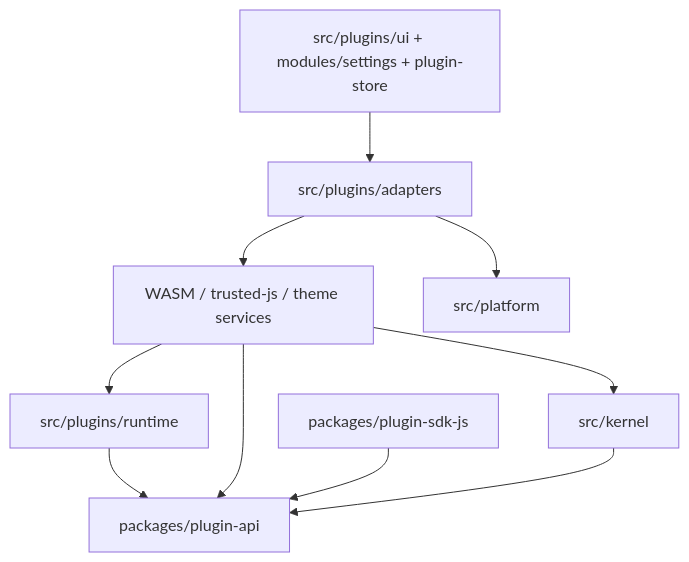
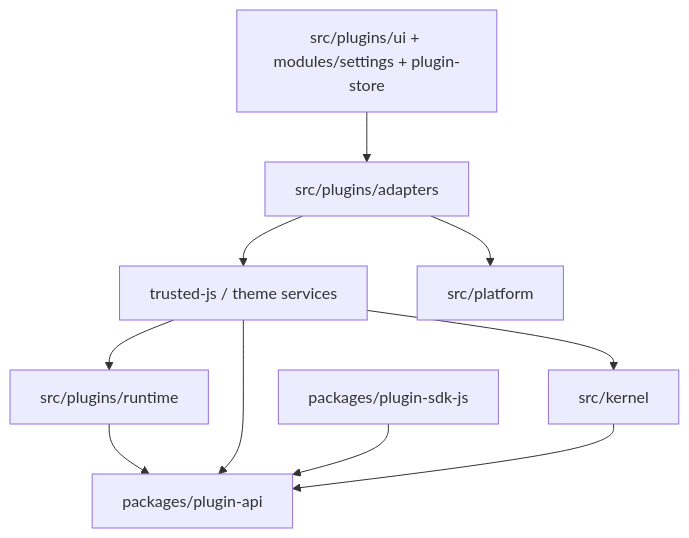
One commit to Xionghaizi001/amll-ttml-tool changed the second of 4 diagrams in PLUGIN.md. Above: the diagram before and after it, drawn with Mermaid. The commit also changed other lines of this file and 115 other files, not shown here.

````diff
--- a/PLUGIN.md
+++ b/PLUGIN.md
@@ -108,21 +105,21 @@
 ```mermaid
 flowchart TB
     UI[src/plugins/ui + modules/settings + plugin-store]
     ADAPTER[src/plugins/adapters]
-    SERVICE[WASM / trusted-js / theme services]
+    SERVICE[trusted-js / theme services]
     RUNTIME[src/plugins/runtime]
     KERNEL[src/kernel]
     PLATFORM[src/platform]
     API[packages/plugin-api]
     SDK[packages/plugin-sdk-js]
 
     UI --> ADAPTER
     ADAPTER --> SERVICE
     SERVICE --> RUNTIME
     SERVICE --> KERNEL
     ADAPTER --> PLATFORM
     RUNTIME --> API
     SERVICE --> API
     SDK --> API
     KERNEL --> API
 ```
````
